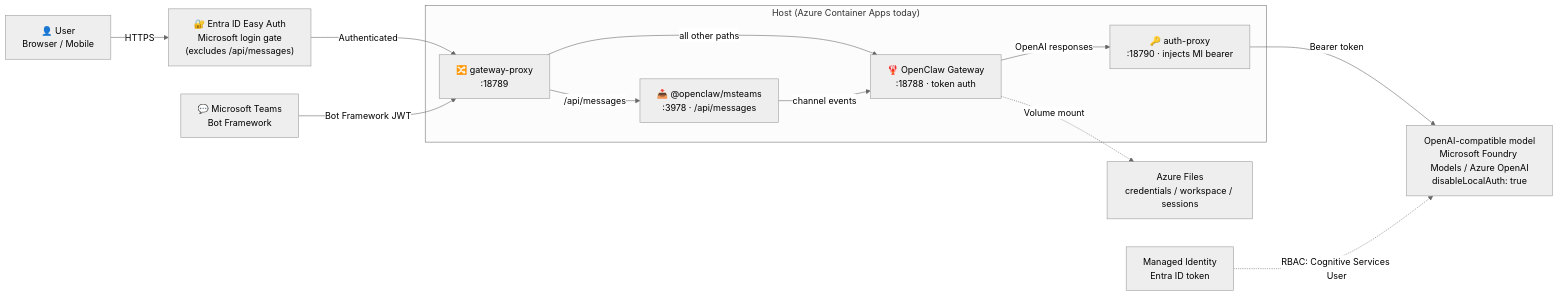
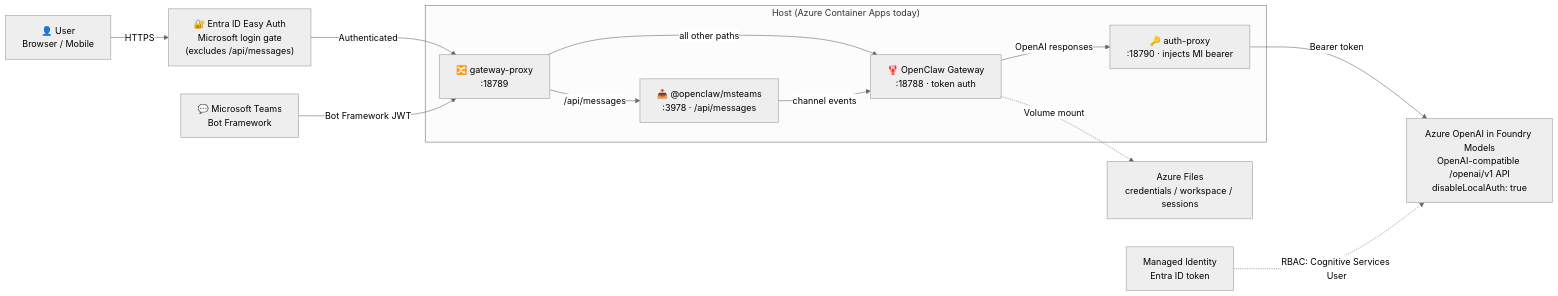
One commit to microsoft/openclaw-dev changed the diagram in README.md. Above: the diagram before and after it, drawn with Mermaid (neutral theme). The commit also changed other lines of this file and 14 other files, not shown here.

First line of the commit message:
docs: add architecture diagram to README; fix model-support wording; remove Teams scratch artifacts

````diff
--- a/README.md
+++ b/README.md
@@ -104,26 +110,26 @@
 ```mermaid
 graph LR
     User["👤 User<br/>Browser / Mobile"]
     Teams["💬 Microsoft Teams<br/>Bot Framework"]
     EasyAuth["🔐 Entra ID Easy Auth<br/>Microsoft login gate<br/>(excludes /api/messages)"]
     subgraph Host["Host (Azure Container Apps today)"]
         Proxy["🔀 gateway-proxy<br/>:18789"]
         GW["🦞 OpenClaw Gateway<br/>:18788 · token auth"]
         MST["📥 @openclaw/msteams<br/>:3978 · /api/messages"]
         Auth["🔑 auth-proxy<br/>:18790 · injects MI bearer"]
     end
-    AOAI["OpenAI-compatible model<br/>Microsoft Foundry Models / Azure OpenAI<br/>disableLocalAuth: true"]
+    AOAI["Azure OpenAI in Foundry Models<br/>OpenAI-compatible /openai/v1 API<br/>disableLocalAuth: true"]
     MI["Managed Identity<br/>Entra ID token"]
     AF["Azure Files<br/>credentials / workspace / sessions"]
 
     User -->|"HTTPS"| EasyAuth
     EasyAuth -->|"Authenticated"| Proxy
     Teams -->|"Bot Framework JWT"| Proxy
     Proxy -->|"/api/messages"| MST
     Proxy -->|"all other paths"| GW
     MST -->|"channel events"| GW
     GW -->|"OpenAI responses"| Auth
     Auth -->|"Bearer token"| AOAI
     GW -.->|"Volume mount"| AF
     MI -.->|"RBAC: Cognitive Services User"| AOAI
 ```
````
